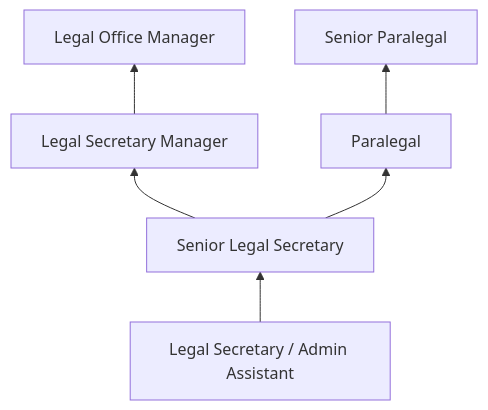
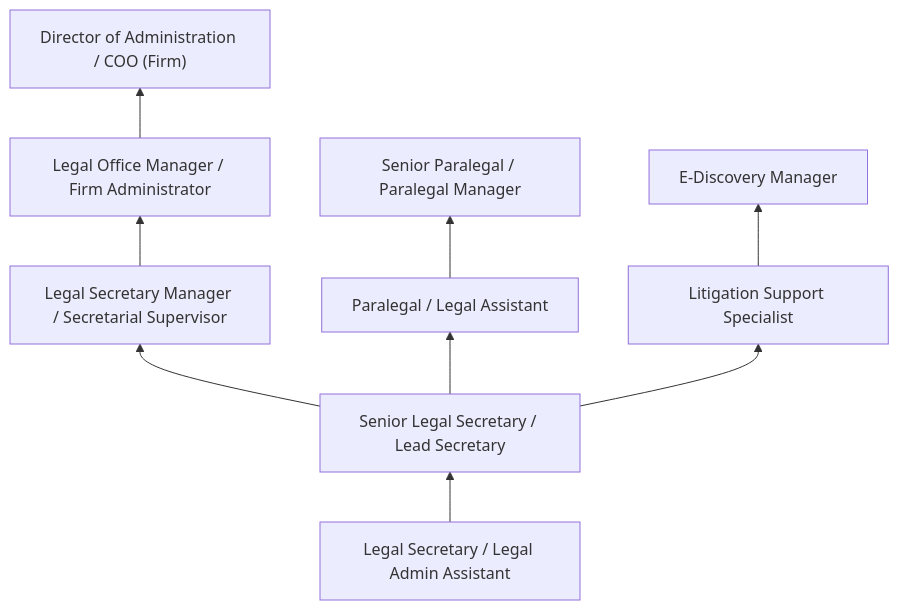
Before and after one commit to kziemski/business.org.ai: the third of 4 diagrams in occupations/Administrative/LegalSecretariesAndAdministrativeAssistants.mdx, drawn with Mermaid. The commit also changed other lines of this file and 19 other files, not shown here.

````diff
--- a/occupations/Administrative/LegalSecretariesAndAdministrativeAssistants.mdx
+++ b/occupations/Administrative/LegalSecretariesAndAdministrativeAssistants.mdx
@@ -78,9 +136,13 @@
 ```mermaid
 graph BT
-    Entry["Legal Secretary / Admin Assistant"] --> Mid["Senior Legal Secretary"]
-    Mid --> Lead["Legal Secretary Manager"]
-    Lead --> Manager["Legal Office Manager"]
+    Entry["Legal Secretary / Legal Admin Assistant"] --> Mid["Senior Legal Secretary / Lead Secretary"]
+    Mid --> Lead["Legal Secretary Manager / Secretarial Supervisor"]
+    Lead --> Manager["Legal Office Manager / Firm Administrator"]
+    Manager --> Director["Director of Administration / COO (Firm)"]
 
-    Mid --> Paralegal["Paralegal"]
-    Paralegal --> SrParalegal["Senior Paralegal"]
+    Mid --> Paralegal["Paralegal / Legal Assistant"]
+    Paralegal --> SrParalegal["Senior Paralegal / Paralegal Manager"]
+
+    Mid --> Specialist["Litigation Support Specialist"]
+    Specialist --> ESI["E-Discovery Manager"]
 ```
````
